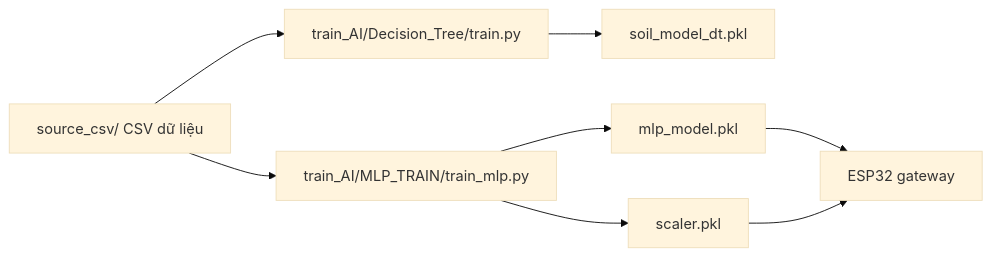
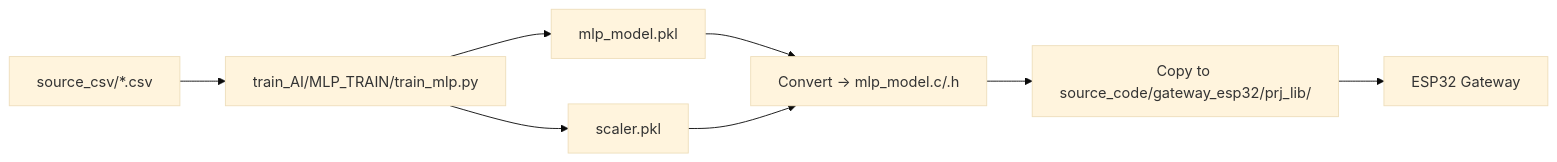
Before and after one commit to NguyenQuyenproIT/sensor_nw_final: the second of 2 diagrams in README.md, drawn with Mermaid (base theme). The commit also changed other lines of this file, not shown here.

````diff
--- a/README.md
+++ b/README.md
@@ -22,10 +33,10 @@
 ```mermaid
 flowchart LR
-    A["source_csv/ CSV dữ liệu"] --> B["train_AI/Decision_Tree/train.py"]
-    A --> C["train_AI/MLP_TRAIN/train_mlp.py"]
-    B --> D["soil_model_dt.pkl"]
-    C --> E["mlp_model.pkl"]
-    C --> F["scaler.pkl"]
-    E --> G["ESP32 gateway"]
-    F --> G
+    Data["source_csv/*.csv"] --> Train["train_AI/MLP_TRAIN/train_mlp.py"]
+    Train --> ModelPKL["mlp_model.pkl"]
+    Train --> ScalerPKL["scaler.pkl"]
+    ModelPKL --> Export["Convert -> mlp_model.c/.h"]
+    ScalerPKL --> Export
+    Export --> Deploy["Copy to source_code/gateway_esp32/prj_lib/"]
+    Deploy --> ESP["ESP32 Gateway"]
 ```
````
